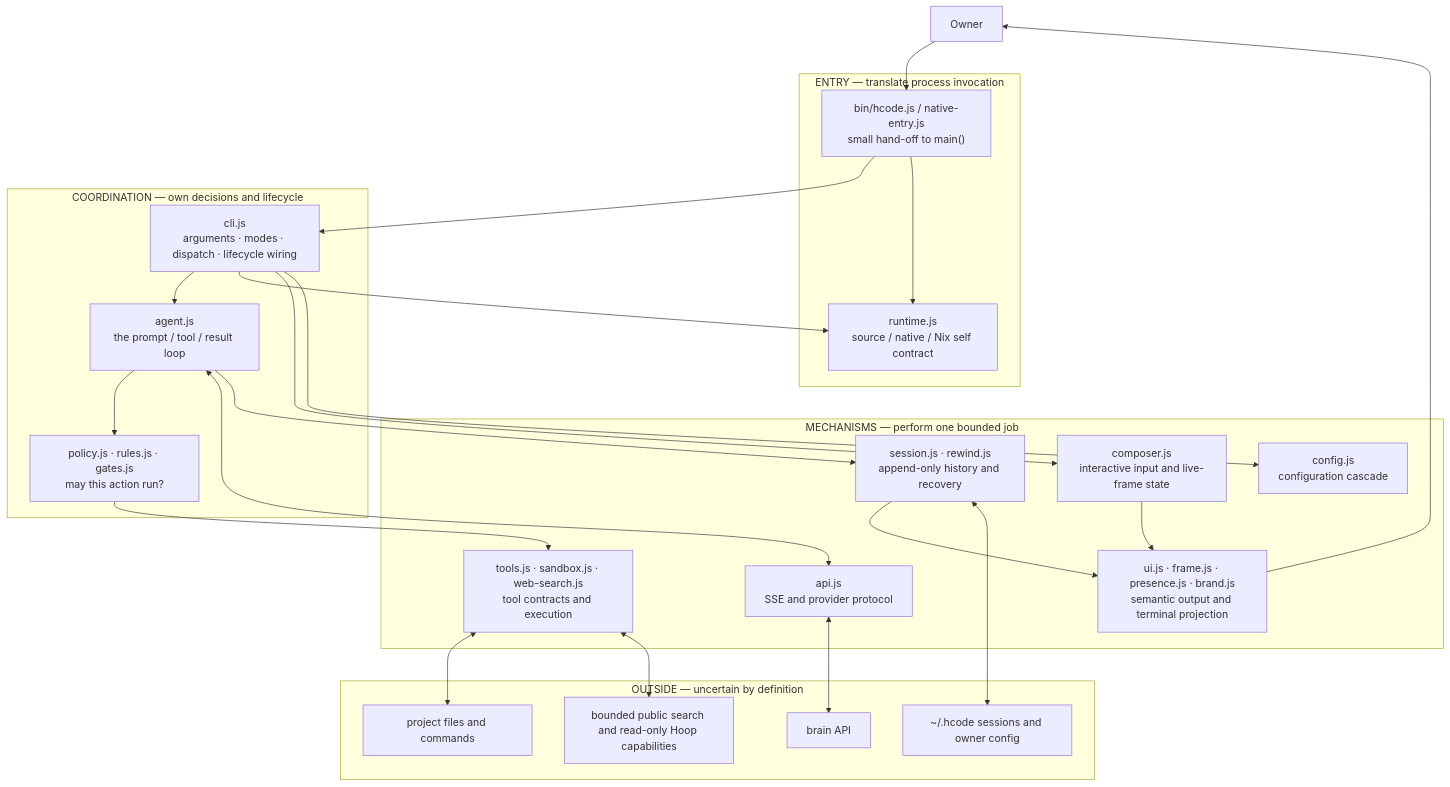
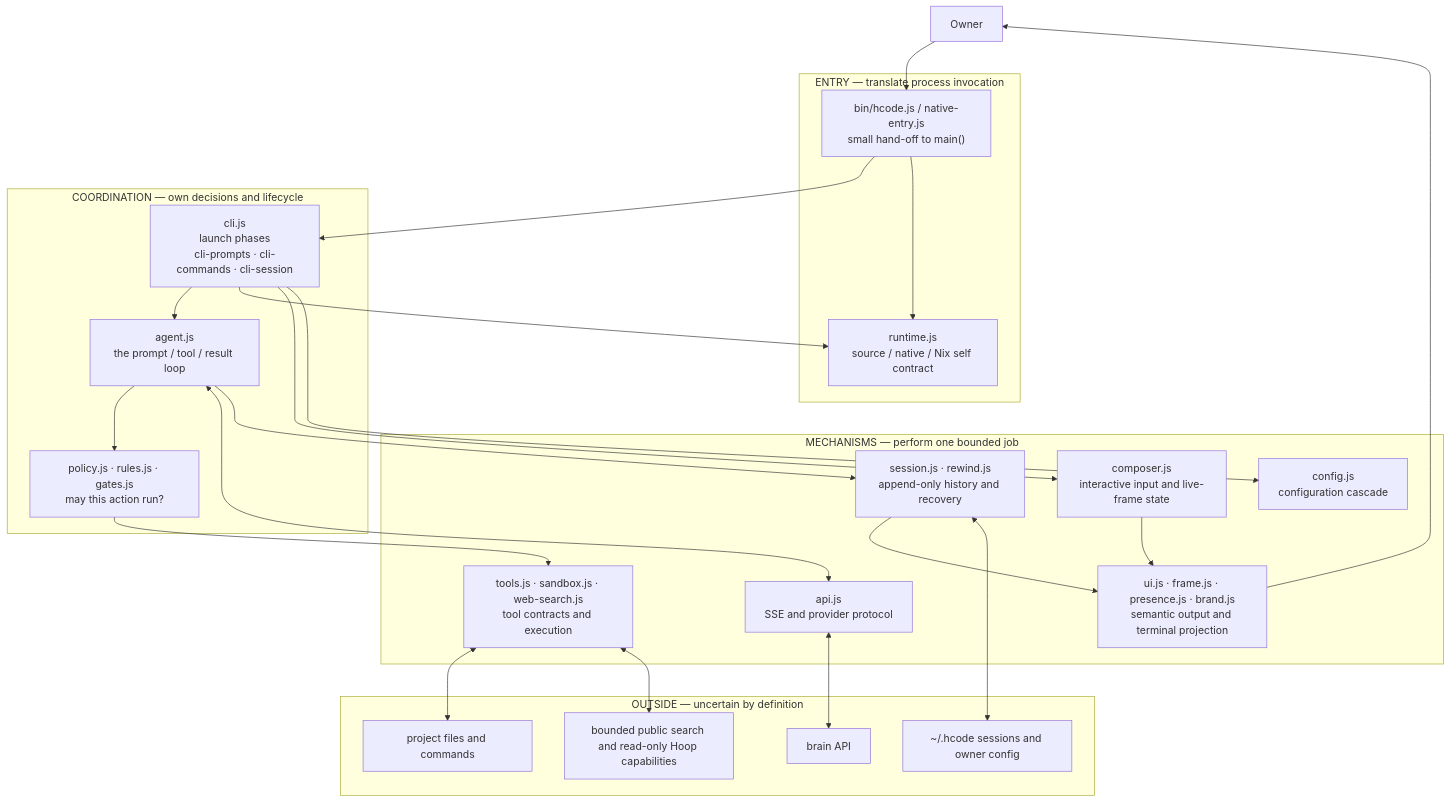
One commit to hoopgram/hcode changed the second of 4 diagrams in ARCHITECTURE.md. Above: the diagram before and after it, drawn with Mermaid. The commit also changed other lines of this file and 54 other files, not shown here.

````diff
--- a/ARCHITECTURE.md
+++ b/ARCHITECTURE.md
@@ -56,49 +75,49 @@
 ```mermaid
 flowchart TB
     Owner["Owner"] --> Bin
 
     subgraph Entry["ENTRY — translate process invocation"]
         Bin["bin/hcode.js / native-entry.js<br/>small hand-off to main()"]
         Runtime["runtime.js<br/>source / native / Nix self contract"]
     end
 
     subgraph Coordination["COORDINATION — own decisions and lifecycle"]
-        CLI["cli.js<br/>arguments · modes · dispatch · lifecycle wiring"]
+        CLI["cli.js<br/>launch phases<br/>cli-prompts · cli-commands · cli-session"]
         Agent["agent.js<br/>the prompt / tool / result loop"]
         Gate["policy.js · rules.js · gates.js<br/>may this action run?"]
         CLI --> Agent
         Agent --> Gate
     end
 
     subgraph Mechanisms["MECHANISMS — perform one bounded job"]
         API["api.js<br/>SSE and provider protocol"]
         Tooling["tools.js · sandbox.js · web-search.js<br/>tool contracts and execution"]
         Events["session.js · rewind.js<br/>append-only history and recovery"]
         Composer["composer.js<br/>interactive input and live-frame state"]
         Projection["ui.js · frame.js · presence.js · brand.js<br/>semantic output and terminal projection"]
         Config["config.js<br/>configuration cascade"]
     end
 
     subgraph Outside["OUTSIDE — uncertain by definition"]
         Provider["brain API"]
         Files["project files and commands"]
         Saved["~/.hcode sessions and owner config"]
         Connected["bounded public search and read-only Hoop capabilities"]
     end
 
     Bin --> CLI
     Bin --> Runtime
     CLI --> Runtime
     CLI --> Composer
     CLI --> Config
     Agent <--> API
     Gate --> Tooling
     Agent --> Events
     Events --> Projection
     Composer --> Projection
     API <--> Provider
     Tooling <--> Files
     Tooling <--> Connected
     Events <--> Saved
     Projection --> Owner
 ```
````
